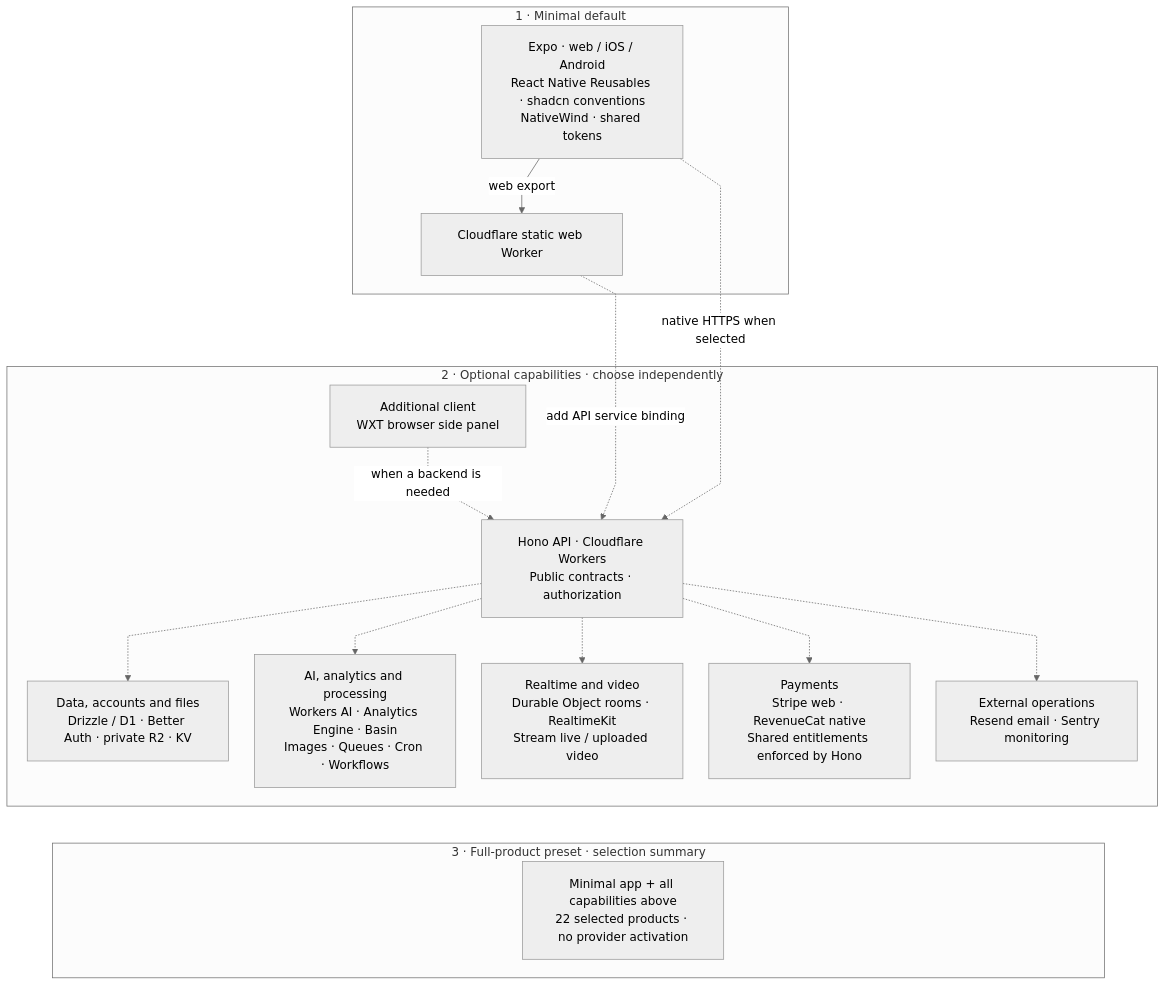
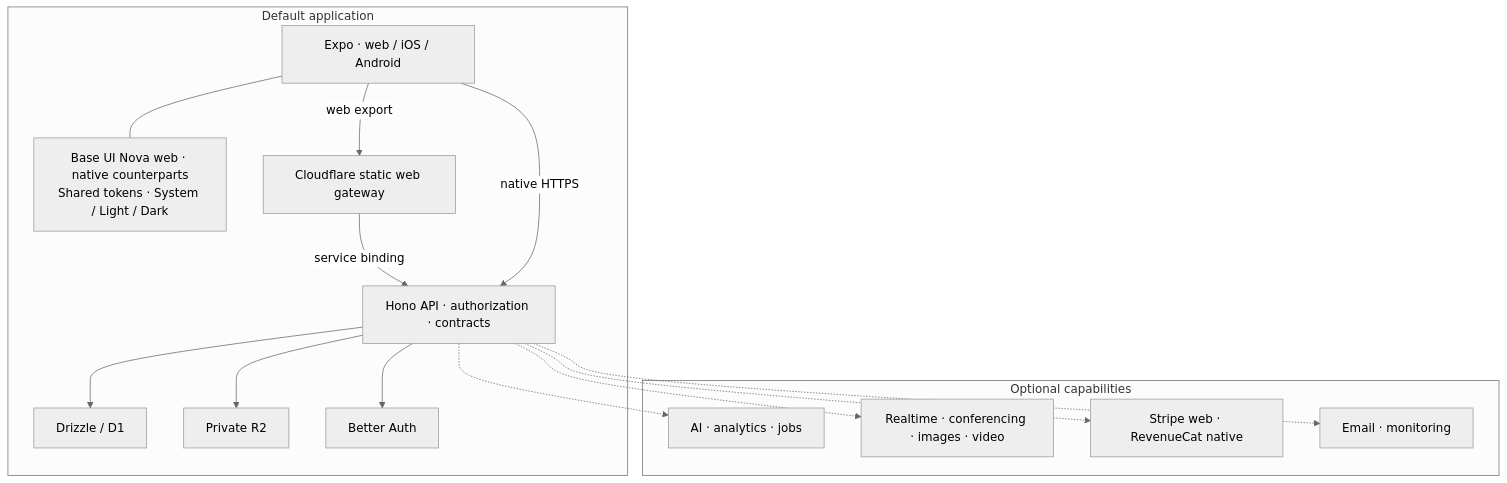
One commit to anhedral/anhedral-cli changed the diagram in plugins/codex/distribution/references/anhedral-stack.md. Above: the diagram before and after it, drawn with Mermaid (neutral theme). The commit also changed other lines of this file and 93 other files, not shown here.

````diff
--- a/plugins/codex/distribution/references/anhedral-stack.md
+++ b/plugins/codex/distribution/references/anhedral-stack.md
@@ -6,38 +11,29 @@
 ```mermaid
-%%{init: {"flowchart": {"curve": "linear", "nodeSpacing": 35, "rankSpacing": 50, "padding": 18}}}%%
 flowchart TB
-  subgraph minimal["1 · Minimal default"]
-    client["Expo · web / iOS / Android<br/>React Native Reusables · shadcn conventions<br/>NativeWind · shared tokens"]
-    web["Cloudflare static web Worker"]
-    client -->|"web export"| web
+  subgraph foundation["Default application"]
+    client["Expo · web / iOS / Android"]
+    ui["Base UI Nova web · native counterparts<br/>Shared tokens · System / Light / Dark"]
+    web["Cloudflare static web gateway"]
+    backend["Hono API · authorization · contracts"]
+    db["Drizzle / D1"]
+    files["Private R2"]
+    auth["Better Auth"]
+    client --- ui
+    client -->|web export| web
+    web -->|service binding| backend
+    client -->|native HTTPS| backend
+    backend --> db
+    backend --> files
+    backend --> auth
   end
-
-  subgraph optional["2 · Optional capabilities · choose independently"]
-    backend["Hono API · Cloudflare Workers<br/>Public contracts · authorization"]
-    core["Data, accounts and files<br/>Drizzle / D1 · Better Auth · private R2 · KV"]
-    compute["AI, analytics and processing<br/>Workers AI · Analytics Engine · Basin<br/>Images · Queues · Cron · Workflows"]
-    media["Realtime and video<br/>Durable Object rooms · RealtimeKit<br/>Stream live / uploaded video"]
-    payments["Payments<br/>Stripe web · RevenueCat native<br/>Shared entitlements enforced by Hono"]
-    clients["Additional client<br/>WXT browser side panel"]
-    operations["External operations<br/>Resend email · Sentry monitoring"]
-    backend -.-> core
-    backend -.-> compute
-    backend -.-> media
-    backend -.-> payments
-    backend -.-> operations
-    clients -.->|"when a backend is needed"| backend
+  subgraph optional["Optional capabilities"]
+    compute["AI · analytics · jobs"]
+    media["Realtime · conferencing · images · video"]
+    payments["Stripe web · RevenueCat native"]
+    operations["Email · monitoring"]
   end
-
-  web ~~~ clients
-  web -.->|"add API service binding"| backend
-  client -.->|"native HTTPS when selected"| backend
-
-  subgraph full["3 · Full-product preset · selection summary"]
-    preset["Minimal app + all capabilities above<br/>22 selected products · no provider activation"]
-  end
-  core ~~~ preset
-  compute ~~~ preset
-  media ~~~ preset
-  payments ~~~ preset
-  operations ~~~ preset
+  backend -.-> compute
+  backend -.-> media
+  backend -.-> payments
+  backend -.-> operations
 ```
````
